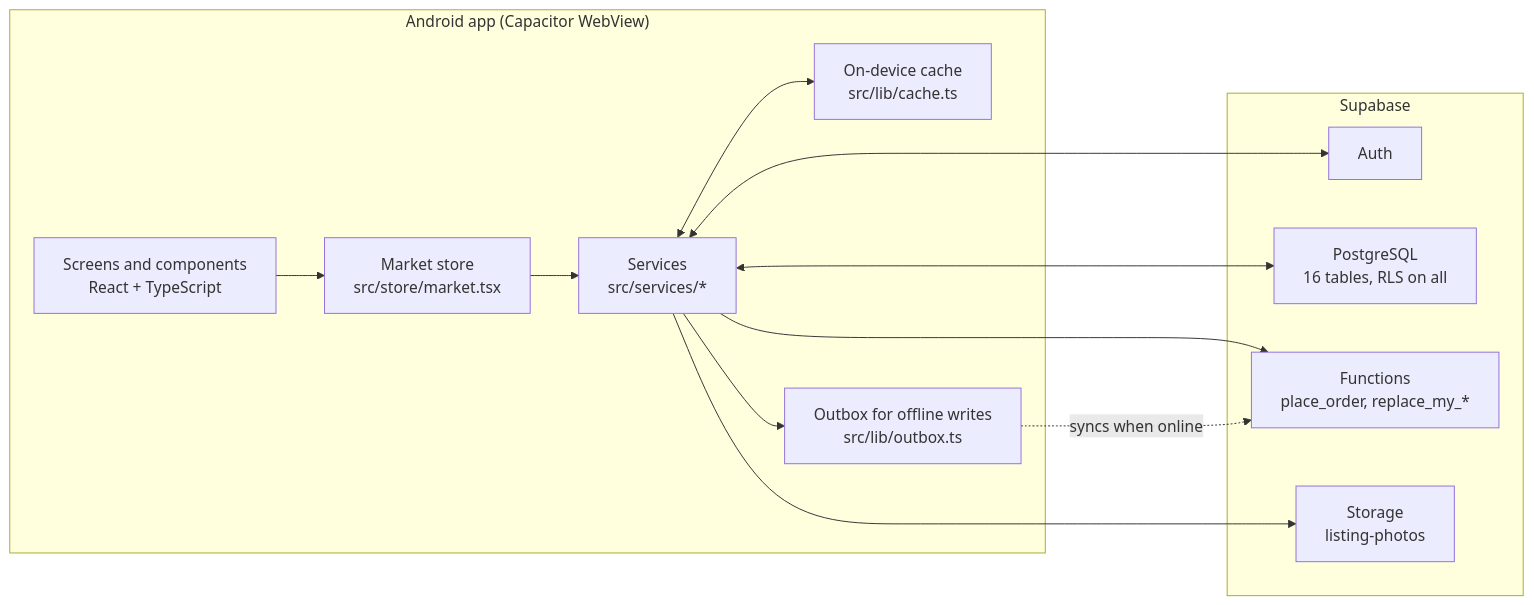
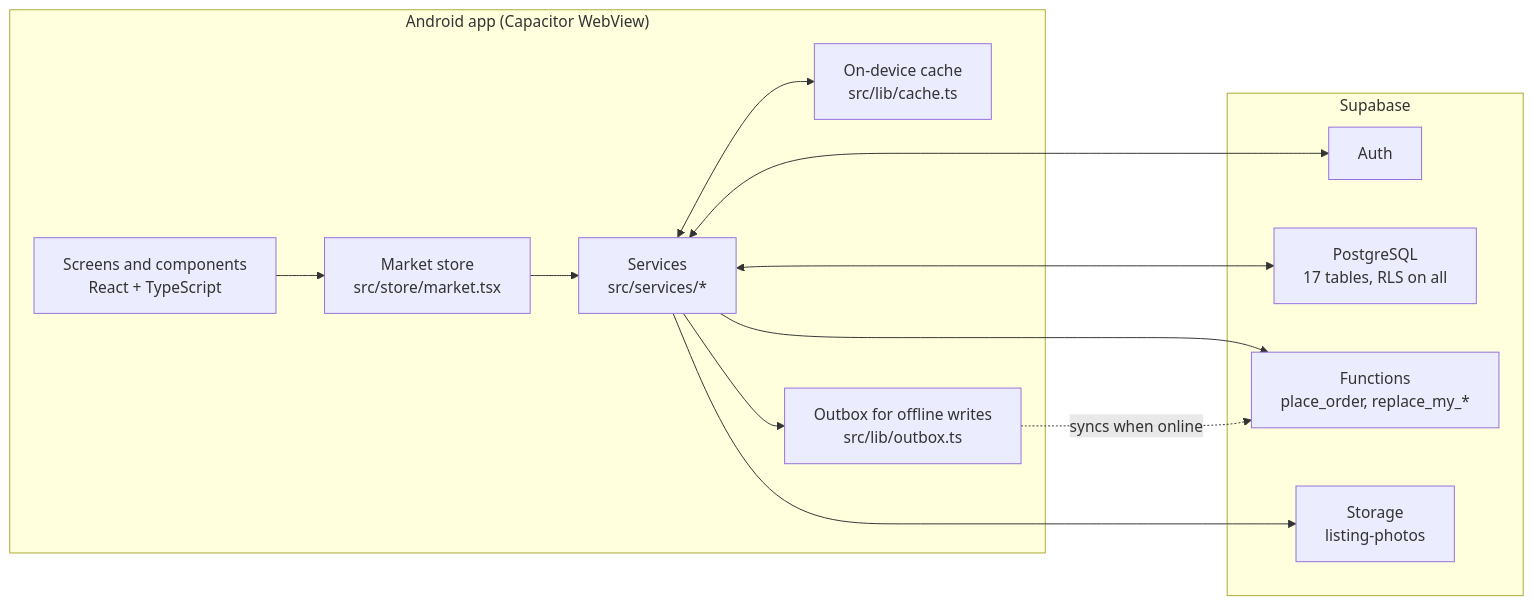
Before and after one commit to yslruzly/AniSense: the diagram in README.md, drawn with Mermaid. The commit also changed other lines of this file and 12 other files, not shown here.

````diff
--- a/README.md
+++ b/README.md
@@ -106,26 +106,26 @@
 ```mermaid
 flowchart LR
   subgraph Phone["Android app (Capacitor WebView)"]
     UI["Screens and components<br/>React + TypeScript"]
     Store["Market store<br/>src/store/market.tsx"]
     Services["Services<br/>src/services/*"]
     Cache["On-device cache<br/>src/lib/cache.ts"]
     Outbox["Outbox for offline writes<br/>src/lib/outbox.ts"]
   end
 
   subgraph Supabase
     Auth["Auth"]
-    DB["PostgreSQL<br/>16 tables, RLS on all"]
+    DB["PostgreSQL<br/>17 tables, RLS on all"]
     RPC["Functions<br/>place_order, replace_my_*"]
     Storage["Storage<br/>listing-photos"]
   end
 
   UI --> Store --> Services
   Services <--> Cache
   Services --> Outbox
   Services <--> Auth
   Services <--> DB
   Services --> RPC
   Services --> Storage
   Outbox -. "syncs when online" .-> RPC
 ```
````
